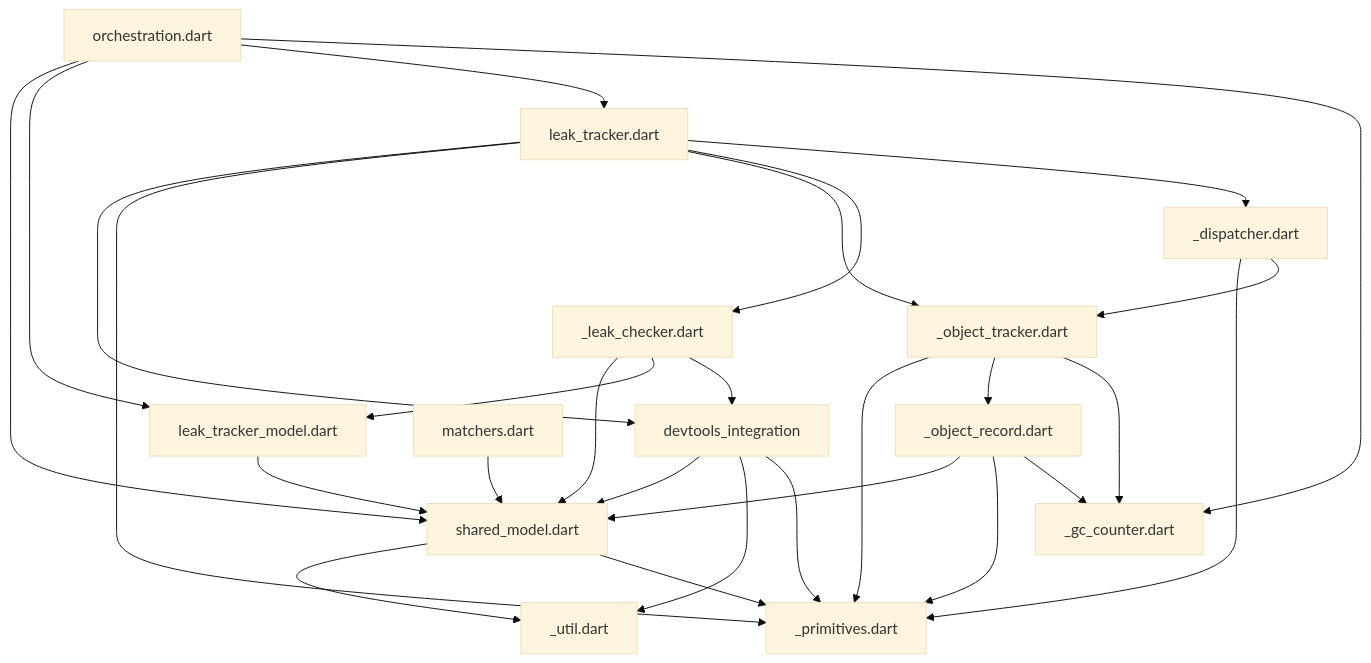
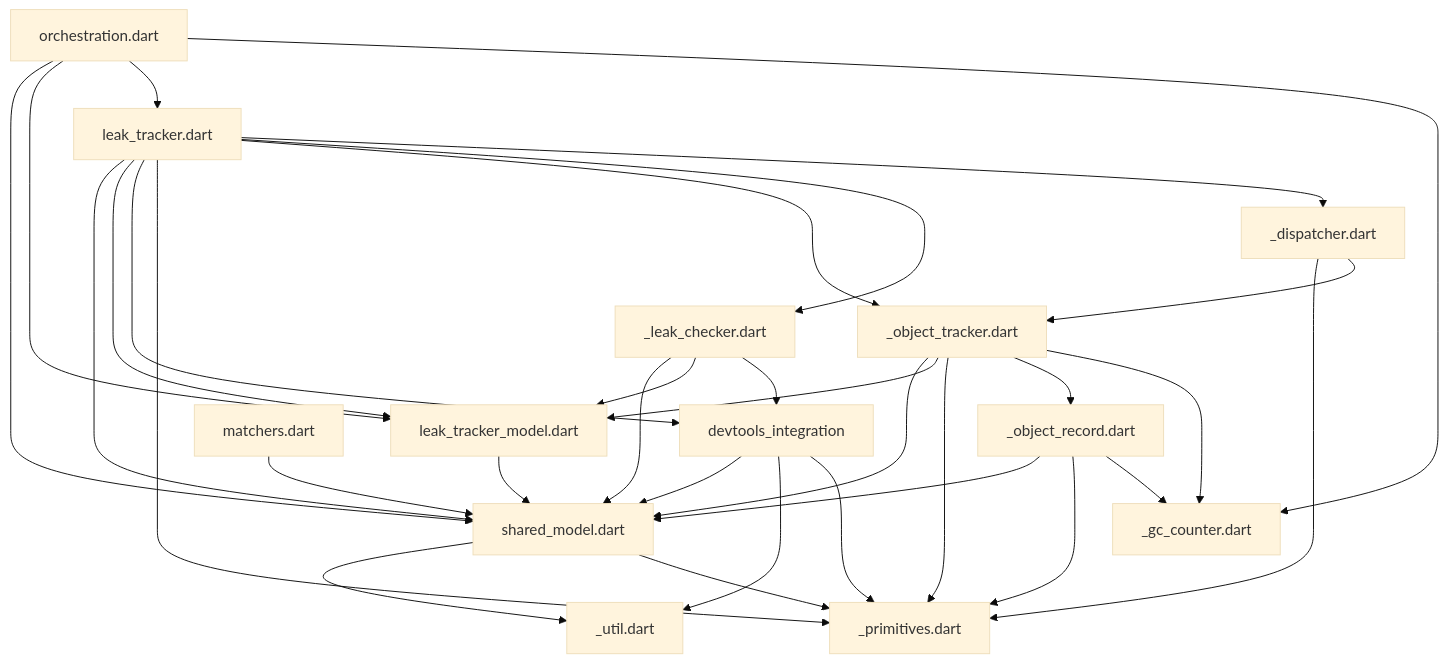
Before and after one commit to dart-lang/leak_tracker: the diagram in lib/src/DEPENDENCIES.md, drawn with Mermaid (base theme). The commit also changed 1 other file, not shown here.

````diff
--- a/lib/src/DEPENDENCIES.md
+++ b/lib/src/DEPENDENCIES.md
@@ -6,30 +6,34 @@
 ```mermaid
 flowchart TD;
 _dispatcher.dart-->_object_tracker.dart;
 _dispatcher.dart-->_primitives.dart;
 _leak_checker.dart-->devtools_integration;
 _leak_checker.dart-->leak_tracker_model.dart;
 _leak_checker.dart-->shared_model.dart;
 _object_record.dart-->_gc_counter.dart;
 _object_record.dart-->_primitives.dart;
 _object_record.dart-->shared_model.dart;
 _object_tracker.dart-->_gc_counter.dart;
 _object_tracker.dart-->_object_record.dart;
 _object_tracker.dart-->_primitives.dart;
+_object_tracker.dart-->leak_tracker_model.dart;
+_object_tracker.dart-->shared_model.dart;
 devtools_integration-->_primitives.dart;
 devtools_integration-->_util.dart;
 devtools_integration-->shared_model.dart;
 leak_tracker.dart-->_dispatcher.dart;
 leak_tracker.dart-->_leak_checker.dart;
 leak_tracker.dart-->_object_tracker.dart;
 leak_tracker.dart-->_primitives.dart;
 leak_tracker.dart-->devtools_integration;
+leak_tracker.dart-->leak_tracker_model.dart;
+leak_tracker.dart-->shared_model.dart;
 leak_tracker_model.dart-->shared_model.dart;
 matchers.dart-->shared_model.dart;
 orchestration.dart-->_gc_counter.dart;
 orchestration.dart-->leak_tracker.dart;
 orchestration.dart-->leak_tracker_model.dart;
 orchestration.dart-->shared_model.dart;
 shared_model.dart-->_primitives.dart;
 shared_model.dart-->_util.dart;
 ```
````
